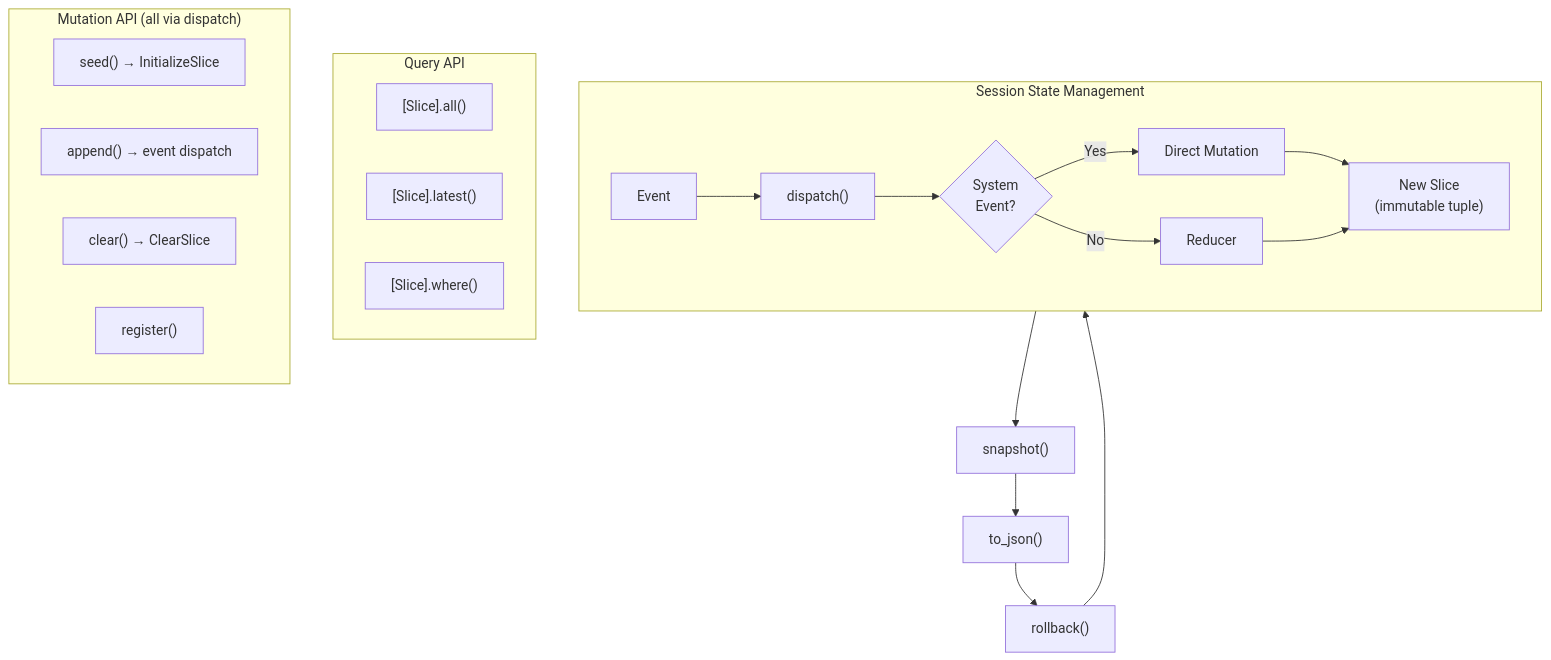
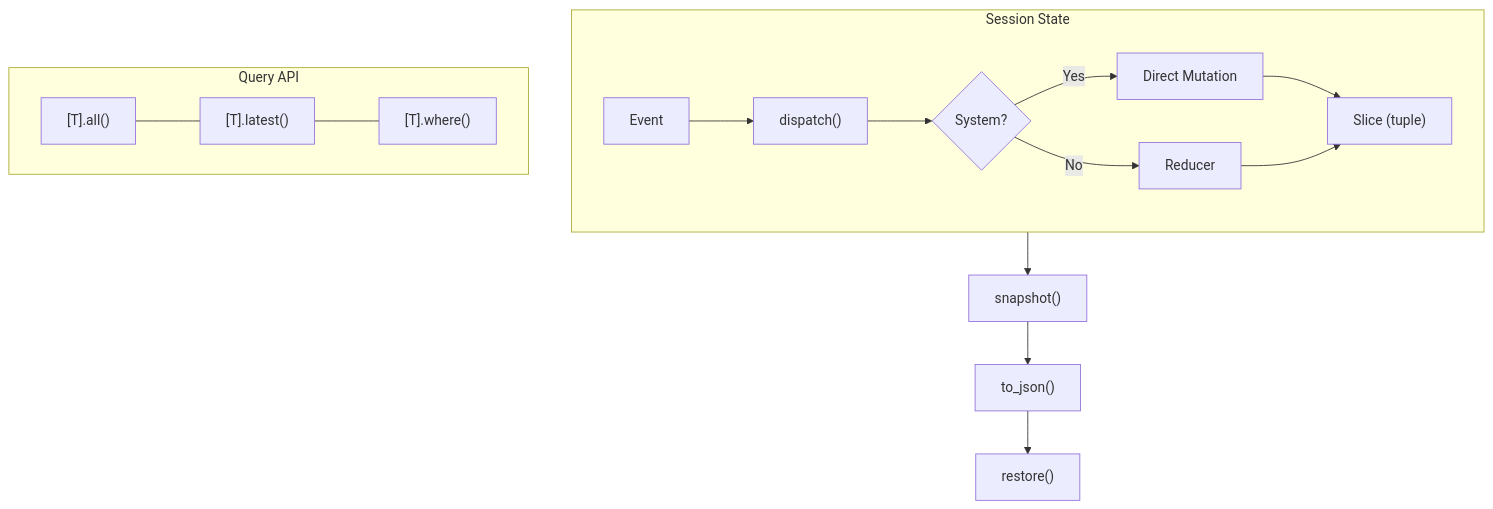
Before and after one commit to weakincentives/weakincentives: the diagram in specs/SESSIONS.md, drawn with Mermaid. The commit also changed other lines of this file and 34 other files, not shown here.

````diff
--- a/specs/SESSIONS.md
+++ b/specs/SESSIONS.md
@@ -21,29 +15,15 @@
 ```mermaid
 flowchart TB
-    subgraph Session["Session State Management"]
+    subgraph Session["Session State"]
         Event["Event"] --> Dispatch["dispatch()"]
-        Dispatch --> SystemCheck{"System<br/>Event?"}
-        SystemCheck -->|Yes| DirectMutation["Direct Mutation"]
+        Dispatch --> SystemCheck{"System?"}
+        SystemCheck -->|Yes| Direct["Direct Mutation"]
         SystemCheck -->|No| Reducer["Reducer"]
-        DirectMutation --> NewSlice["New Slice<br/>(immutable tuple)"]
-        Reducer --> NewSlice
+        Direct --> Slice["Slice (tuple)"]
+        Reducer --> Slice
     end
-
     subgraph Query["Query API"]
-        All["[Slice].all()"]
-        Latest["[Slice].latest()"]
-        Where["[Slice].where()"]
+        All["[T].all()"] --- Latest["[T].latest()"] --- Where["[T].where()"]
     end
-
-    subgraph Mutate["Mutation API (all via dispatch)"]
-        Seed["seed() → InitializeSlice"]
-        Append["append() → event dispatch"]
-        Clear["clear() → ClearSlice"]
-        Register["register()"]
-    end
-
-    Session --> Snapshot["snapshot()"]
-    Snapshot --> JSON["to_json()"]
-    JSON --> Restore["rollback()"]
-    Restore --> Session
+    Session --> Snapshot["snapshot()"] --> JSON["to_json()"] --> Restore["restore()"]
 ```
````
